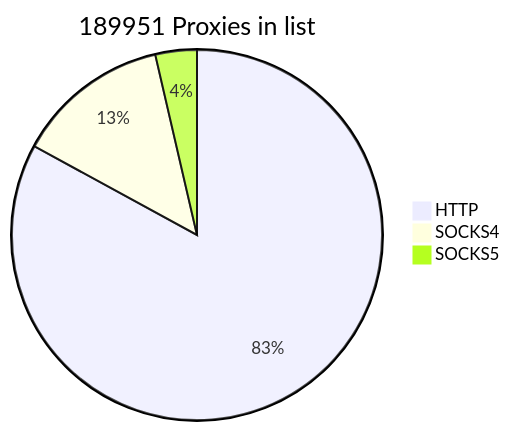
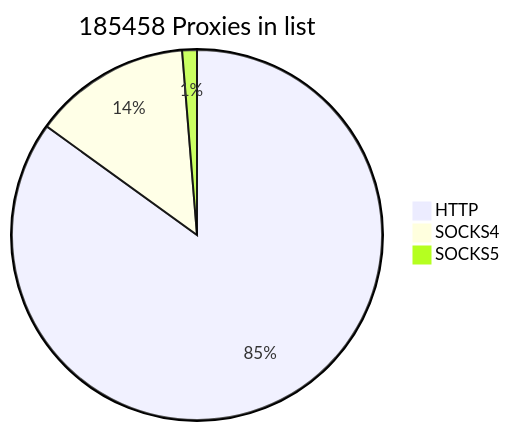
Before and after one commit to cutipu/proxylist: the first of 2 diagrams in README.md, drawn with Mermaid. The commit also changed other lines of this file, not shown here.

````diff
--- a/README.md
+++ b/README.md
@@ -2,7 +2,7 @@
 ```mermaid
-pie title 189951 Proxies in list
+pie title 185458 Proxies in list
     "HTTP" : 157566
-    "SOCKS4" : 25507
-    "SOCKS5" : 6878
+    "SOCKS4" : 25509
+    "SOCKS5" : 2383
             
 ```
````
